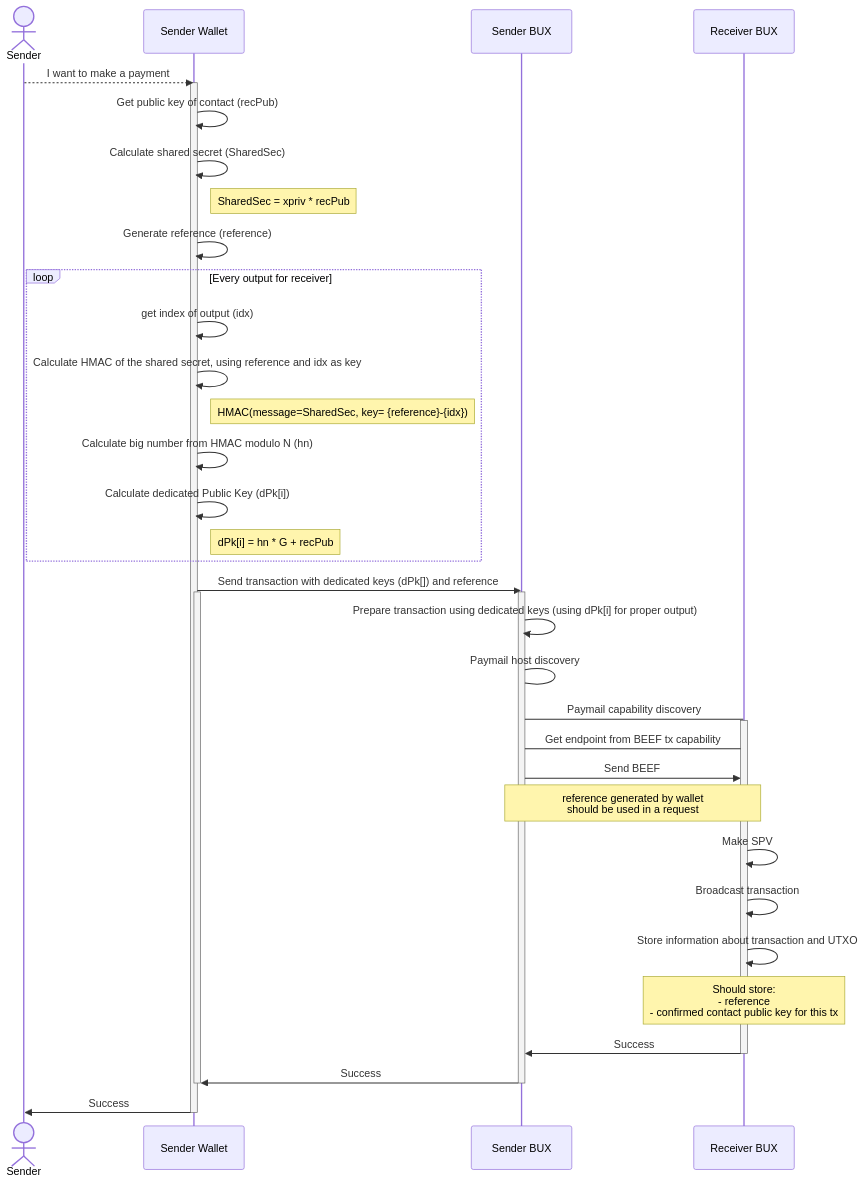
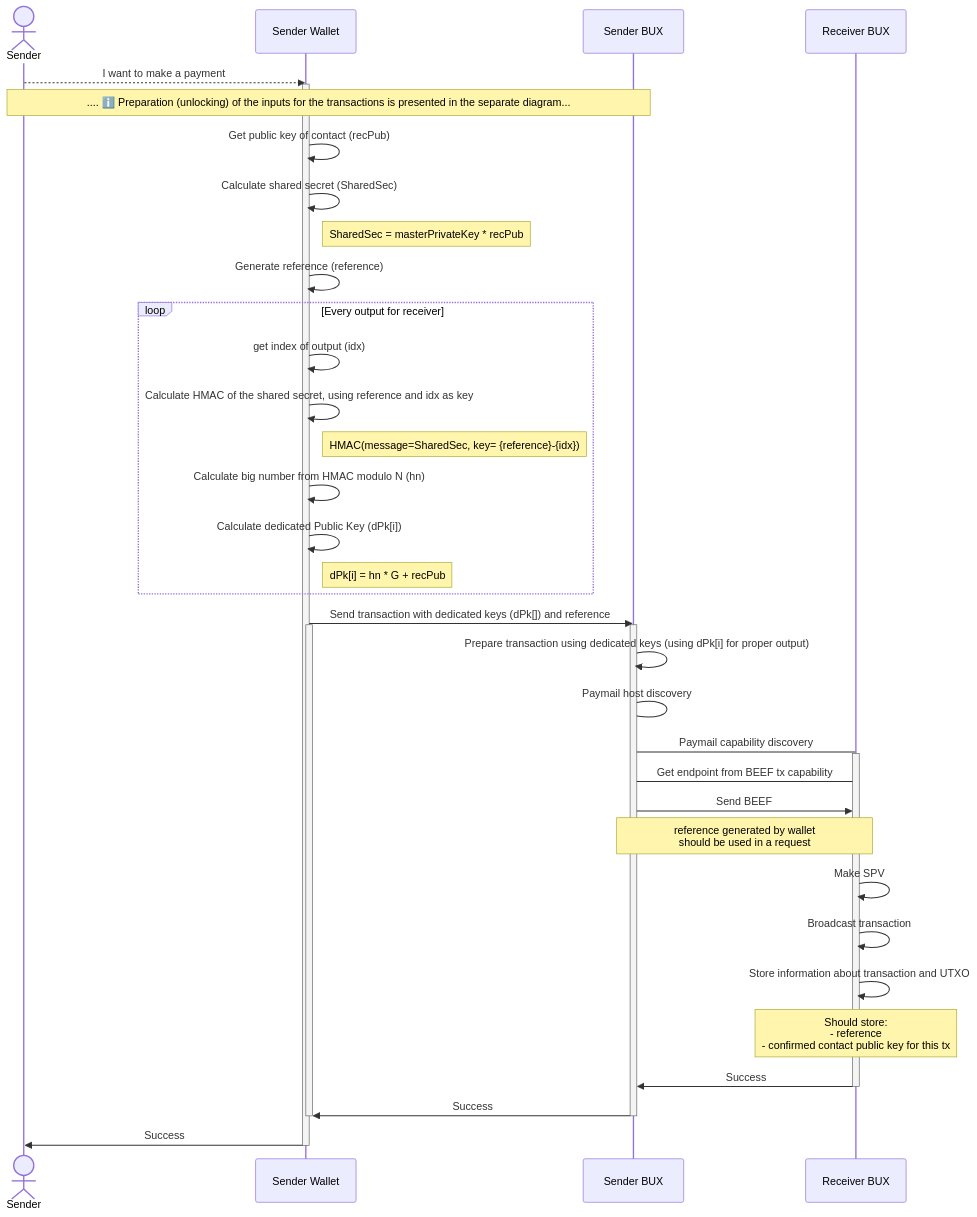
One commit to bitcoin-sv/BRCs changed the second of 3 diagrams in peer-to-peer/0077.md. Above: the diagram before and after it, drawn with Mermaid. The commit also changed other lines of this file, not shown here.

````diff
--- a/peer-to-peer/0077.md
+++ b/peer-to-peer/0077.md
@@ -160,45 +160,46 @@
 ```mermaid
 sequenceDiagram
     actor Sender
     participant Sender Wallet
     participant Sender BUX
     participant Receiver BUX
     
     Sender -->> Sender Wallet: I want to make a payment
     activate Sender Wallet
+    Note over Sender,Sender BUX: .... ℹ️ Preparation (unlocking) of the inputs for the transactions is presented in the separate diagram...
     Sender Wallet ->> Sender Wallet: Get public key of contact (recPub)
     Sender Wallet ->> Sender Wallet: Calculate shared secret (SharedSec)
-    Note right of Sender Wallet: SharedSec = xpriv * recPub
+    Note right of Sender Wallet: SharedSec = masterPrivateKey * recPub
     Sender Wallet ->> Sender Wallet: Generate reference (reference)
 
     loop Every output for receiver
         Sender Wallet ->> Sender Wallet: get index of output (idx)
         Sender Wallet ->> Sender Wallet: Calculate HMAC of the shared secret, using reference and idx as key
         Note right of Sender Wallet: HMAC(message=SharedSec, key= {reference}-{idx})
         Sender Wallet ->> Sender Wallet: Calculate big number from HMAC modulo N (hn)
         Sender Wallet ->> Sender Wallet: Calculate dedicated Public Key (dPk[i])
         Note right of Sender Wallet: dPk[i] = hn * G + recPub
     end
 
     Sender Wallet->>Sender BUX: Send transaction with dedicated keys (dPk[]) and reference
     activate Sender BUX
     activate Sender Wallet
     Sender BUX->>Sender BUX: Prepare transaction using dedicated keys (using dPk[i] for proper output)
     Sender BUX->Sender BUX: Paymail host discovery
     Sender BUX->Receiver BUX: Paymail capability discovery
     activate Receiver BUX
     Sender BUX->Receiver BUX: Get endpoint from BEEF tx capability
     Sender BUX->>Receiver BUX: Send BEEF
     Note over Sender BUX,Receiver BUX: reference generated by wallet<br/> should be used in a request
     Receiver BUX->>Receiver BUX: Make SPV
     Receiver BUX->>Receiver BUX: Broadcast transaction
     Receiver BUX->>Receiver BUX: Store information about transaction and UTXO
     Note over Receiver BUX,Receiver BUX: Should store:<br/> - reference <br/> - confirmed contact public key for this tx
     Receiver BUX->>Sender BUX: Success
     deactivate Receiver BUX
     Sender BUX->>Sender Wallet: Success
     deactivate Sender BUX
     deactivate Sender Wallet
     Sender Wallet->>Sender: Success
     deactivate Sender Wallet
 ```
````
